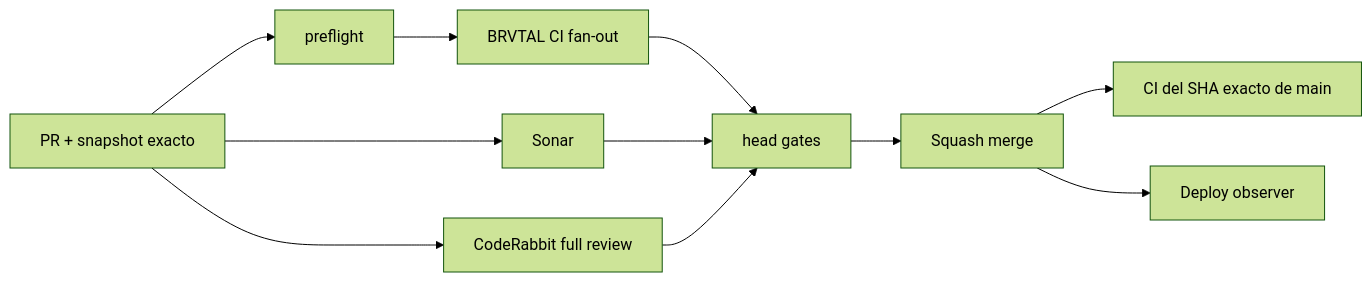
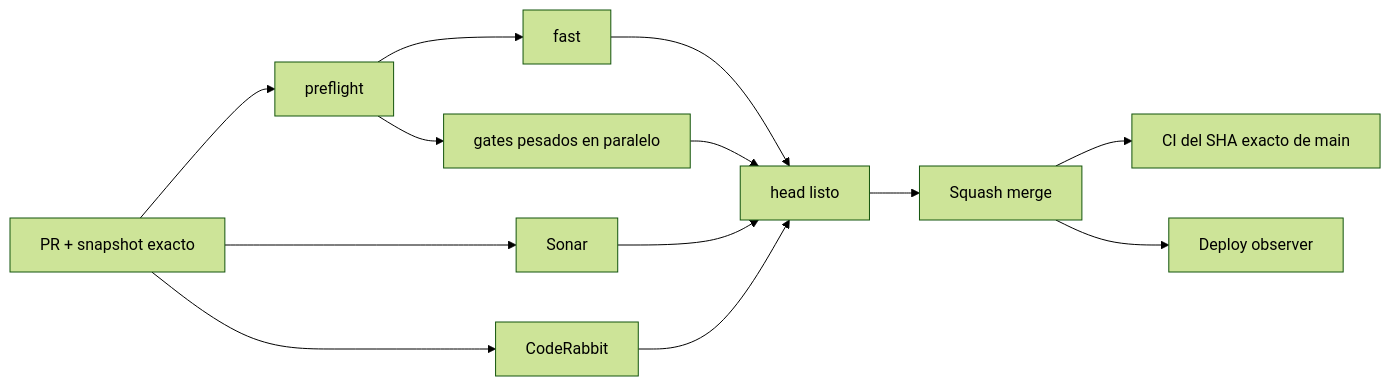
One commit to pl0n3r/brvtal changed the diagram in README.md. Above: the diagram before and after it, drawn with Mermaid (forest theme). The commit also changed other lines of this file and 6 other files, not shown here.

````diff
--- a/README.md
+++ b/README.md
@@ -25,13 +47,15 @@
 ```mermaid
 flowchart LR
     A["PR + snapshot exacto"] --> P["preflight"]
-    P --> B["BRVTAL CI fan-out"]
-    A --> C["Sonar"]
-    A --> D["CodeRabbit full review"]
-    B --> E["head gates"]
-    C --> E
-    D --> E
-    E --> F["Squash merge"]
-    F --> G["CI del SHA exacto de main"]
-    F --> H["Deploy observer"]
+    P --> F["fast"]
+    P --> H["gates pesados en paralelo"]
+    A --> S["Sonar"]
+    A --> C["CodeRabbit"]
+    F --> G["head listo"]
+    H --> G
+    S --> G
+    C --> G
+    G --> M["Squash merge"]
+    M --> X["CI del SHA exacto de main"]
+    M --> D["Deploy observer"]
 ```
````
